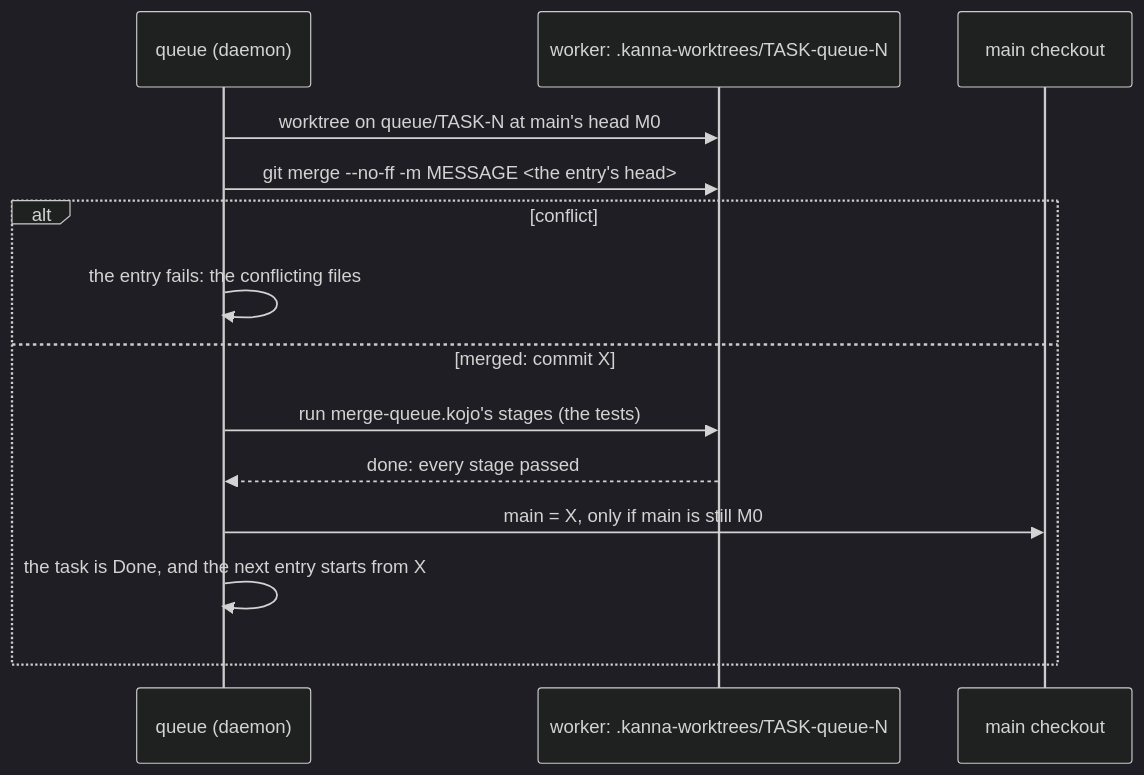
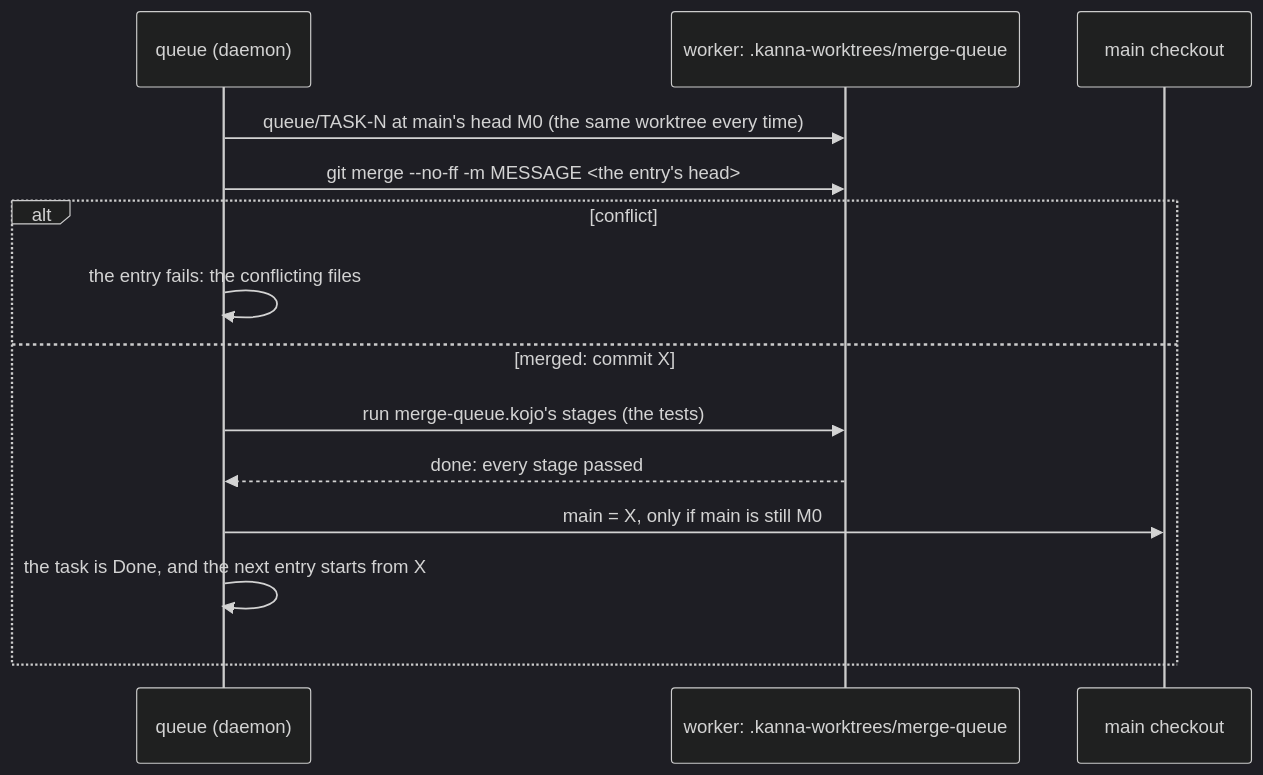
The second of 4 diagrams in docs/specs/merge-queue.md (tampopogk/kanna), drawn with Mermaid (dark theme) before and after one commit. The commit also changed other lines of this file and 5 other files, not shown here.

Commit message:
Merge queue spec and mockup: one warm worktree per repo, results judged against main per test, flaky tests, a failed stage ends the entry; the Desk's testing row names main's and the alone runs

````diff
--- a/docs/specs/merge-queue.md
+++ b/docs/specs/merge-queue.md
@@ -64,16 +66,16 @@
 ```mermaid
 sequenceDiagram
     participant Q as queue (daemon)
-    participant W as worker: .kanna-worktrees/TASK-queue-N
+    participant W as worker: .kanna-worktrees/merge-queue
     participant M as main checkout
-    Q->>W: worktree on queue/TASK-N at main's head M0
+    Q->>W: queue/TASK-N at main's head M0 (the same worktree every time)
     Q->>W: git merge --no-ff -m MESSAGE <the entry's head>
     alt conflict
         Q->>Q: the entry fails: the conflicting files
     else merged: commit X
         Q->>W: run merge-queue.kojo's stages (the tests)
         W-->>Q: done: every stage passed
         Q->>M: main = X, only if main is still M0
         Q->>Q: the task is Done, and the next entry starts from X
     end
 ```
````
